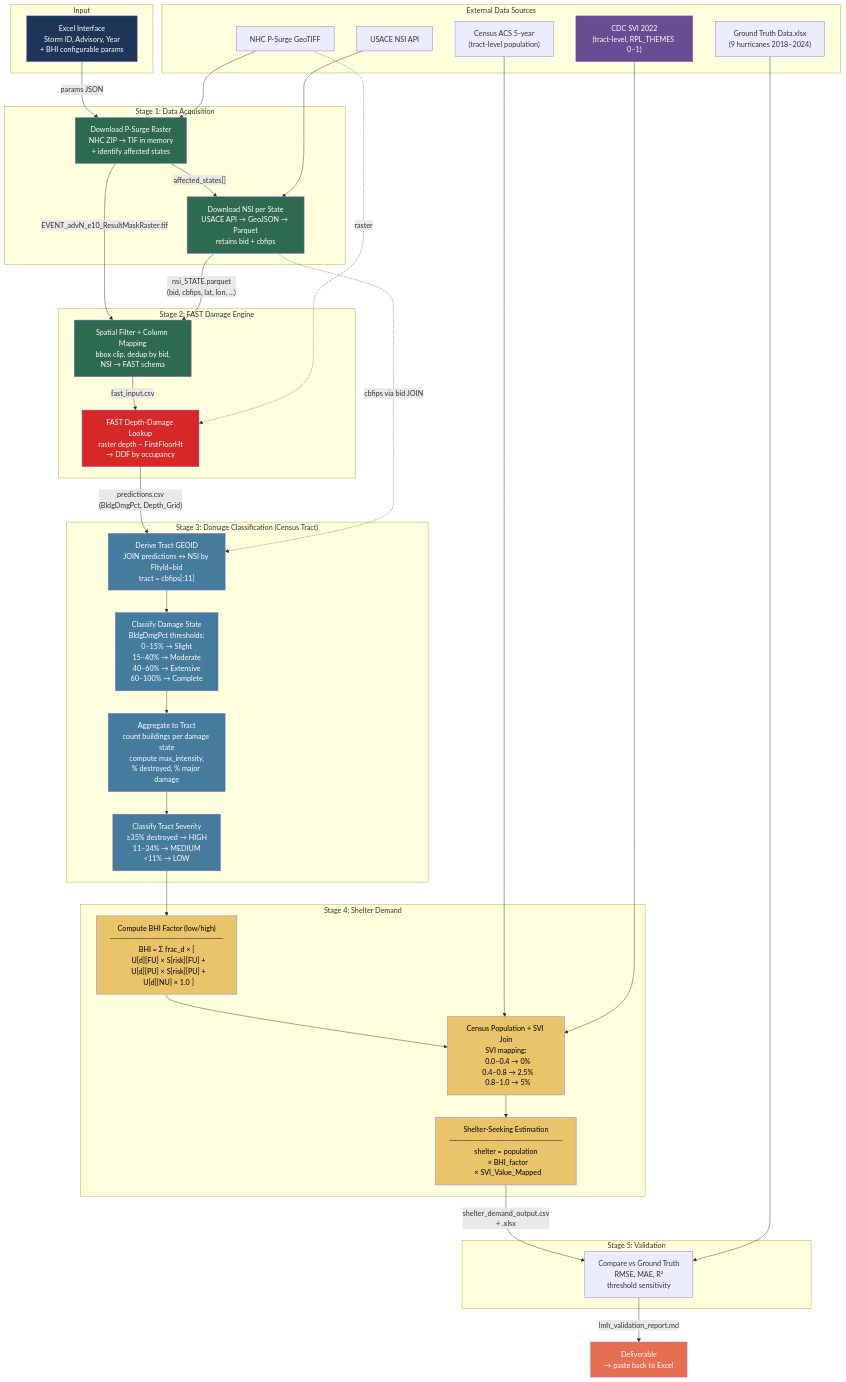
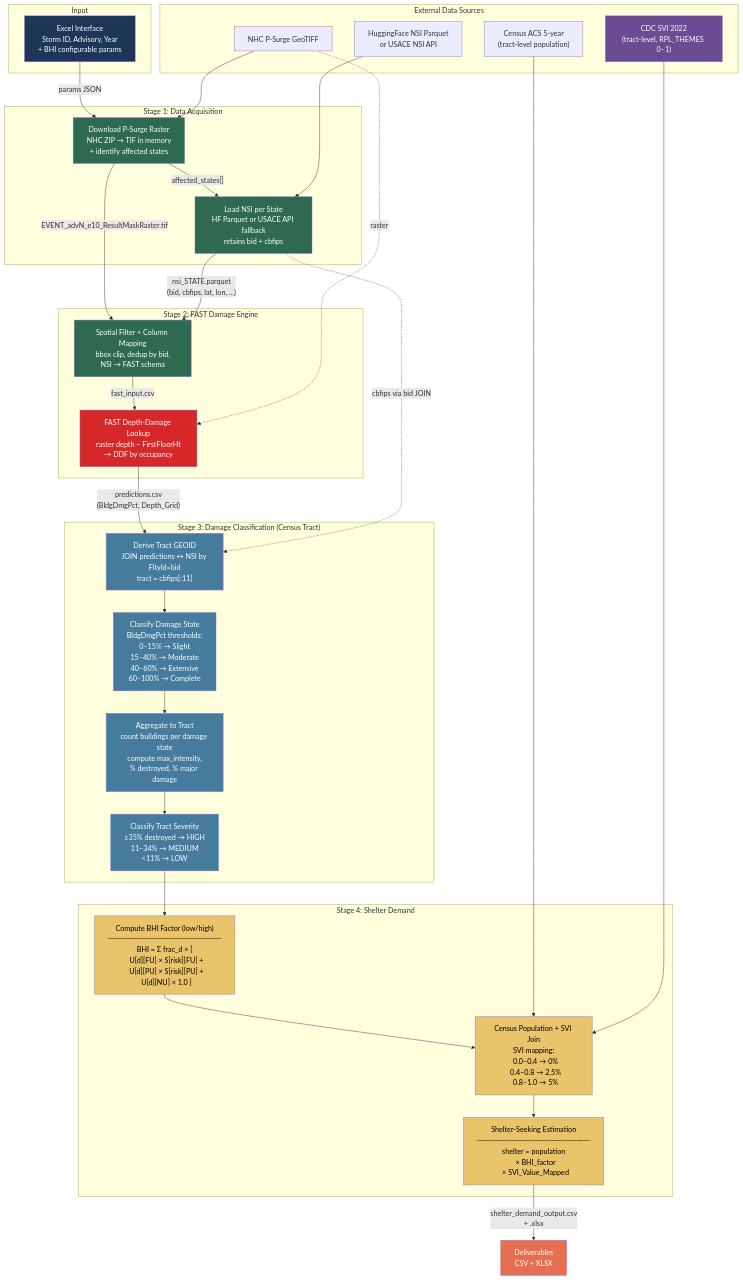
Before and after one commit to alexj11324/SSIT-Storm-Surge-Impact-Tool: the diagram in docs/e2e_pipeline.md, drawn with Mermaid. The commit also changed other lines of this file and 13 other files, not shown here.

````diff
--- a/docs/e2e_pipeline.md
+++ b/docs/e2e_pipeline.md
@@ -3,81 +3,73 @@
 ```mermaid
 graph TD
     subgraph "External Data Sources"
         NHC["NHC P-Surge GeoTIFF"]
-        NSI_API["USACE NSI API"]
+        NSI_API["HuggingFace NSI Parquet<br/>or USACE NSI API"]
         CENSUS["Census ACS 5-year<br/>(tract-level population)"]
         SVI["CDC SVI 2022<br/>(tract-level, RPL_THEMES 0–1)"]
-        GT["Ground Truth Data.xlsx<br/>(9 hurricanes 2018–2024)"]
     end
 
     subgraph "Input"
         EXCEL["Excel Interface<br/>Storm ID, Advisory, Year<br/>+ BHI configurable params"]
     end
 
     subgraph "Stage 1: Data Acquisition"
         RASTER["Download P-Surge Raster<br/>NHC ZIP → TIF in memory<br/>+ identify affected states"]
-        NSI_DL["Download NSI per State<br/>USACE API → GeoJSON → Parquet<br/>retains bid + cbfips"]
+        NSI_DL["Load NSI per State<br/>HF Parquet or USACE API fallback<br/>retains bid + cbfips"]
     end
 
     subgraph "Stage 2: FAST Damage Engine"
         FILTER["Spatial Filter + Column Mapping<br/>bbox clip, dedup by bid,<br/>NSI → FAST schema"]
         FAST["FAST Depth-Damage Lookup<br/>raster depth − FirstFloorHt<br/>→ DDF by occupancy"]
     end
 
     subgraph "Stage 3: Damage Classification (Census Tract)"
         GEOID["Derive Tract GEOID<br/>JOIN predictions ↔ NSI by FltyId=bid<br/>tract = cbfips[:11]"]
         DMGSTATE["Classify Damage State<br/>BldgDmgPct thresholds:<br/>  0–15% → Slight<br/>  15–40% → Moderate<br/>  40–60% → Extensive<br/>  60–100% → Complete"]
         TRACTAGG["Aggregate to Tract<br/>count buildings per damage state<br/>compute max_intensity,<br/>% destroyed, % major damage"]
         SEVERITY["Classify Tract Severity<br/>≥35% destroyed → HIGH<br/>11–34% → MEDIUM<br/><11% → LOW"]
     end
 
     subgraph "Stage 4: Shelter Demand"
         BHI["Compute BHI Factor (low/high)<br/>─────────────────────<br/>BHI = Σ frac_d × [<br/>  U[d][FU] × S[risk][FU] +<br/>  U[d][PU] × S[risk][PU] +<br/>  U[d][NU] × 1.0 ]"]
         SVIJOIN["Census Population + SVI Join<br/>SVI mapping:<br/>  0.0–0.4 → 0%<br/>  0.4–0.8 → 2.5%<br/>  0.8–1.0 → 5%"]
         SHELTER["Shelter-Seeking Estimation<br/>─────────────────────<br/>shelter = population<br/>  × BHI_factor<br/>  × SVI_Value_Mapped"]
     end
 
     %% Data flow
     EXCEL -->|"params JSON"| RASTER
     NHC --> RASTER
     RASTER -->|"EVENT_advN_e10_ResultMaskRaster.tif"| FILTER
     RASTER -->|"affected_states[]"| NSI_DL
     NSI_API --> NSI_DL
     NSI_DL -->|"nsi_STATE.parquet<br/>(bid, cbfips, lat, lon, ...)"| FILTER
     FILTER -->|"fast_input.csv"| FAST
     NHC -.->|raster| FAST
     FAST -->|"predictions.csv<br/>(BldgDmgPct, Depth_Grid)"| GEOID
     NSI_DL -.->|"cbfips via bid JOIN"| GEOID
     GEOID --> DMGSTATE
     DMGSTATE --> TRACTAGG
     TRACTAGG --> SEVERITY
     SEVERITY --> BHI
     BHI --> SVIJOIN
     CENSUS --> SVIJOIN
     SVI --> SVIJOIN
     SVIJOIN --> SHELTER
-    SHELTER -->|"shelter_demand_output.csv<br/>+ .xlsx"| VALIDATE
-
-    subgraph "Stage 5: Validation"
-        VALIDATE["Compare vs Ground Truth<br/>RMSE, MAE, R²<br/>threshold sensitivity"]
-    end
-
-    VALIDATE -->|"lmh_validation_report.md"| DONE["Deliverable<br/>→ paste back to Excel"]
-    GT --> VALIDATE
+    SHELTER -->|"shelter_demand_output.csv<br/>+ .xlsx"| DONE["Deliverables<br/>CSV + XLSX"]
 
     %% Styling
     style EXCEL fill:#1d3557,color:#fff
     style RASTER fill:#2d6a4f,color:#fff
     style NSI_DL fill:#2d6a4f,color:#fff
     style FILTER fill:#2d6a4f,color:#fff
     style FAST fill:#d62828,color:#fff
     style GEOID fill:#457b9d,color:#fff
     style DMGSTATE fill:#457b9d,color:#fff
     style TRACTAGG fill:#457b9d,color:#fff
     style SEVERITY fill:#457b9d,color:#fff
     style BHI fill:#e9c46a,color:#000
     style SVIJOIN fill:#e9c46a,color:#000
     style SHELTER fill:#e9c46a,color:#000
     style SVI fill:#6a4c93,color:#fff
     style DONE fill:#e76f51,color:#fff
 ```
````
